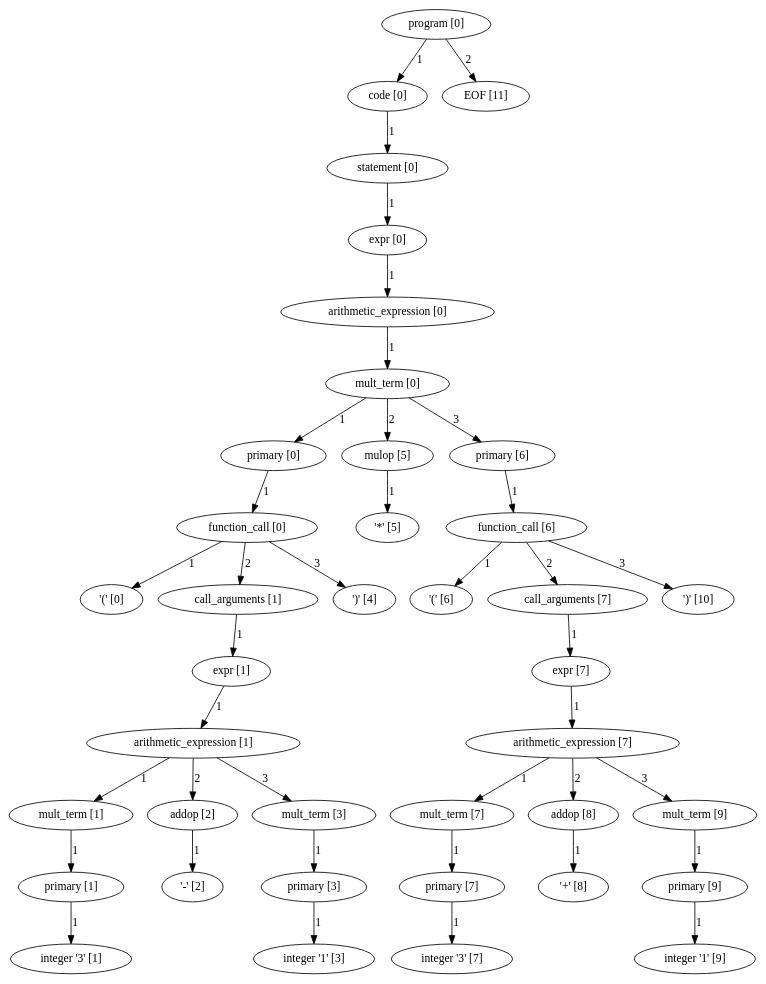
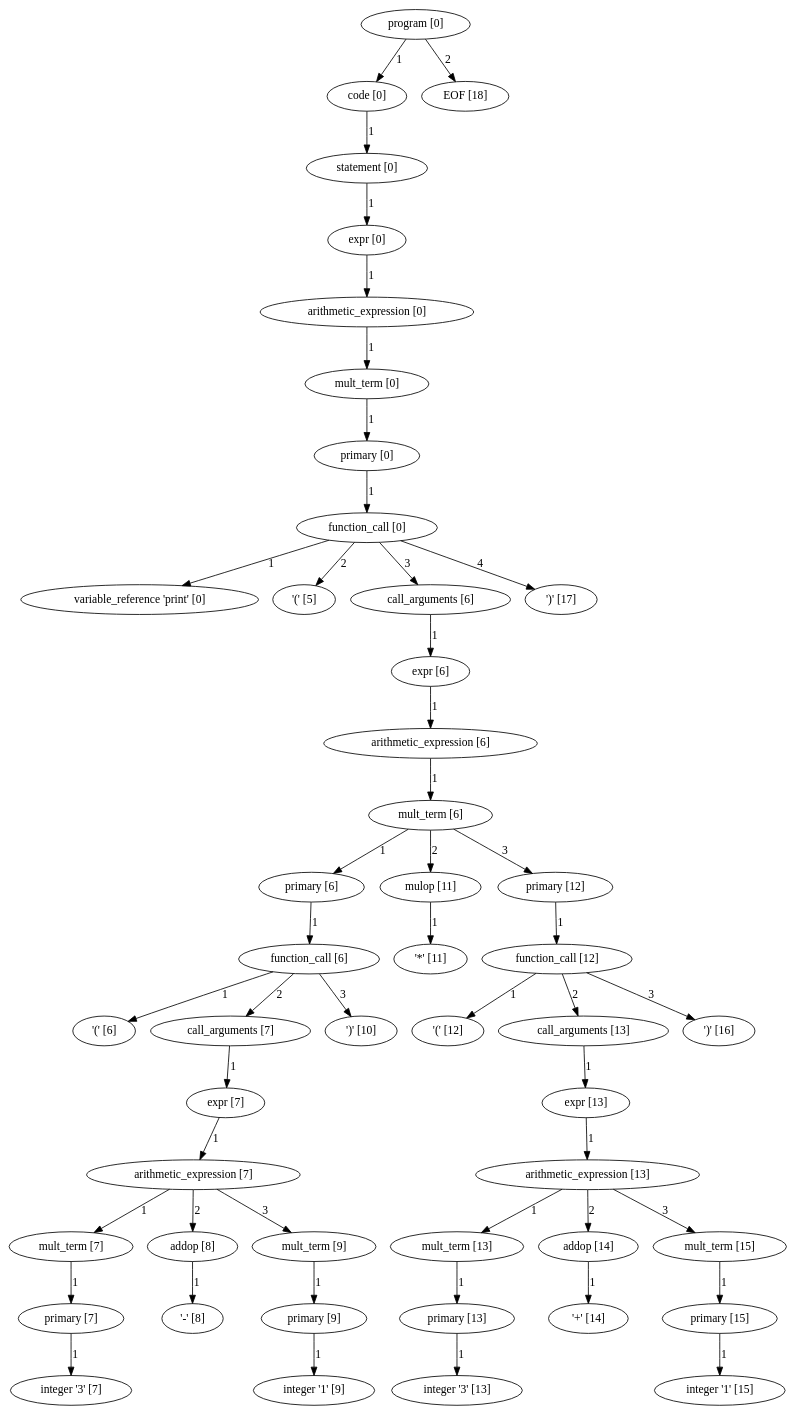
The diagram in program_parse_tree.dot (yanga9345/cs3342_smurf), drawn with Graphviz before and after one commit. The commit also changed 8 other files, not shown here.

```diff
--- a/program_parse_tree.dot
+++ b/program_parse_tree.dot
@@ -1,117 +1,144 @@
 digraph arpeggio_graph {
-3025714182328 [label="program [0]"];
-3025714182328->3025714075544 [label="1"]
+2037081412664 [label="program [0]"];
+2037081412664->2037081198456 [label="1"]
 
-3025714075544 [label="code [0]"];
-3025714075544->3025714182184 [label="1"]
+2037081198456 [label="code [0]"];
+2037081198456->2037081412520 [label="1"]
 
-3025714182184 [label="statement [0]"];
-3025714182184->3025714182040 [label="1"]
+2037081412520 [label="statement [0]"];
+2037081412520->2037081412376 [label="1"]
 
-3025714182040 [label="expr [0]"];
-3025714182040->3025714181896 [label="1"]
+2037081412376 [label="expr [0]"];
+2037081412376->2037081412232 [label="1"]
 
-3025714181896 [label="arithmetic_expression [0]"];
-3025714181896->3025714181752 [label="1"]
+2037081412232 [label="arithmetic_expression [0]"];
+2037081412232->2037081412088 [label="1"]
 
-3025714181752 [label="mult_term [0]"];
-3025714181752->3025714105368 [label="1"]
+2037081412088 [label="mult_term [0]"];
+2037081412088->2037081411944 [label="1"]
 
-3025714105368 [label="primary [0]"];
-3025714105368->3025714105224 [label="1"]
+2037081411944 [label="primary [0]"];
+2037081411944->2037081411800 [label="1"]
 
-3025714105224 [label="function_call [0]"];
-3025714105224->3025713735624 [label="1"]
+2037081411800 [label="function_call [0]"];
+2037081411800->2037080958408 [label="1"]
 
-3025713735624 [label=" '(' [0]"];
-3025714105224->3025714105080 [label="2"]
+2037080958408 [label="variable_reference 'print' [0]"];
+2037081411800->2037080959432 [label="2"]
 
-3025714105080 [label="call_arguments [1]"];
-3025714105080->3025714104936 [label="1"]
+2037080959432 [label=" '(' [5]"];
+2037081411800->2037081411656 [label="3"]
 
-3025714104936 [label="expr [1]"];
-3025714104936->3025714104792 [label="1"]
+2037081411656 [label="call_arguments [6]"];
+2037081411656->2037081358200 [label="1"]
 
-3025714104792 [label="arithmetic_expression [1]"];
-3025714104792->3025714104216 [label="1"]
+2037081358200 [label="expr [6]"];
+2037081358200->2037081358056 [label="1"]
 
-3025714104216 [label="mult_term [1]"];
-3025714104216->3025714104072 [label="1"]
+2037081358056 [label="arithmetic_expression [6]"];
+2037081358056->2037081357912 [label="1"]
 
-3025714104072 [label="primary [1]"];
-3025714104072->3025713737288 [label="1"]
+2037081357912 [label="mult_term [6]"];
+2037081357912->2037081355320 [label="1"]
 
-3025713737288 [label="integer '3' [1]"];
-3025714104792->3025714104360 [label="2"]
+2037081355320 [label="primary [6]"];
+2037081355320->2037081355176 [label="1"]
 
-3025714104360 [label="addop [2]"];
-3025714104360->3025713737416 [label="1"]
+2037081355176 [label="function_call [6]"];
+2037081355176->2037081278408 [label="1"]
 
-3025713737416 [label=" '-' [2]"];
-3025714104792->3025714104648 [label="3"]
+2037081278408 [label=" '(' [6]"];
+2037081355176->2037081355032 [label="2"]
 
-3025714104648 [label="mult_term [3]"];
-3025714104648->3025714104504 [label="1"]
+2037081355032 [label="call_arguments [7]"];
+2037081355032->2037081354888 [label="1"]
 
-3025714104504 [label="primary [3]"];
-3025714104504->3025713737544 [label="1"]
+2037081354888 [label="expr [7]"];
+2037081354888->2037081354744 [label="1"]
 
-3025713737544 [label="integer '1' [3]"];
-3025714105224->3025714114632 [label="3"]
+2037081354744 [label="arithmetic_expression [7]"];
+2037081354744->2037081300856 [label="1"]
 
-3025714114632 [label=" ')' [4]"];
-3025714181752->3025714105512 [label="2"]
+2037081300856 [label="mult_term [7]"];
+2037081300856->2037081300712 [label="1"]
 
-3025714105512 [label="mulop [5]"];
-3025714105512->3025714114760 [label="1"]
+2037081300712 [label="primary [7]"];
+2037081300712->2037081278920 [label="1"]
 
-3025714114760 [label=" '*' [5]"];
-3025714181752->3025714181608 [label="3"]
+2037081278920 [label="integer '3' [7]"];
+2037081354744->2037081354312 [label="2"]
 
-3025714181608 [label="primary [6]"];
-3025714181608->3025714181464 [label="1"]
+2037081354312 [label="addop [8]"];
+2037081354312->2037081279048 [label="1"]
 
-3025714181464 [label="function_call [6]"];
-3025714181464->3025714114888 [label="1"]
+2037081279048 [label=" '-' [8]"];
+2037081354744->2037081354600 [label="3"]
 
-3025714114888 [label=" '(' [6]"];
-3025714181464->3025714181320 [label="2"]
+2037081354600 [label="mult_term [9]"];
+2037081354600->2037081354456 [label="1"]
 
-3025714181320 [label="call_arguments [7]"];
-3025714181320->3025714181176 [label="1"]
+2037081354456 [label="primary [9]"];
+2037081354456->2037081279176 [label="1"]
 
-3025714181176 [label="expr [7]"];
-3025714181176->3025714181032 [label="1"]
+2037081279176 [label="integer '1' [9]"];
+2037081355176->2037081279304 [label="3"]
 
-3025714181032 [label="arithmetic_expression [7]"];
-3025714181032->3025714180456 [label="1"]
+2037081279304 [label=" ')' [10]"];
+2037081357912->2037081355464 [label="2"]
 
-3025714180456 [label="mult_term [7]"];
-3025714180456->3025714180312 [label="1"]
+2037081355464 [label="mulop [11]"];
+2037081355464->2037081279432 [label="1"]
 
-3025714180312 [label="primary [7]"];
-3025714180312->3025714115400 [label="1"]
+2037081279432 [label=" '*' [11]"];
+2037081357912->2037081357768 [label="3"]
 
-3025714115400 [label="integer '3' [7]"];
-3025714181032->3025714180600 [label="2"]
+2037081357768 [label="primary [12]"];
+2037081357768->2037081357624 [label="1"]
 
-3025714180600 [label="addop [8]"];
-3025714180600->3025714115528 [label="1"]
+2037081357624 [label="function_call [12]"];
+2037081357624->2037081279560 [label="1"]
 
-3025714115528 [label=" '+' [8]"];
-3025714181032->3025714180888 [label="3"]
+2037081279560 [label=" '(' [12]"];
+2037081357624->2037081357480 [label="2"]
 
-3025714180888 [label="mult_term [9]"];
-3025714180888->3025714180744 [label="1"]
+2037081357480 [label="call_arguments [13]"];
+2037081357480->2037081357336 [label="1"]
 
-3025714180744 [label="primary [9]"];
-3025714180744->3025714115656 [label="1"]
+2037081357336 [label="expr [13]"];
+2037081357336->2037081357192 [label="1"]
 
-3025714115656 [label="integer '1' [9]"];
-3025714181464->3025714115784 [label="3"]
+2037081357192 [label="arithmetic_expression [13]"];
+2037081357192->2037081356616 [label="1"]
 
-3025714115784 [label=" ')' [10]"];
-3025714182328->3025714115912 [label="2"]
+2037081356616 [label="mult_term [13]"];
+2037081356616->2037081356472 [label="1"]
 
-3025714115912 [label="EOF [11]"];
+2037081356472 [label="primary [13]"];
+2037081356472->2037081280072 [label="1"]
+
+2037081280072 [label="integer '3' [13]"];
+2037081357192->2037081356760 [label="2"]
+
+2037081356760 [label="addop [14]"];
+2037081356760->2037081280200 [label="1"]
+
+2037081280200 [label=" '+' [14]"];
+2037081357192->2037081357048 [label="3"]
+
+2037081357048 [label="mult_term [15]"];
+2037081357048->2037081356904 [label="1"]
+
+2037081356904 [label="primary [15]"];
+2037081356904->2037081280328 [label="1"]
+
+2037081280328 [label="integer '1' [15]"];
+2037081357624->2037081407560 [label="3"]
+
+2037081407560 [label=" ')' [16]"];
+2037081411800->2037081407688 [label="4"]
+
+2037081407688 [label=" ')' [17]"];
+2037081412664->2037081407816 [label="2"]
+
+2037081407816 [label="EOF [18]"];
 }
```
